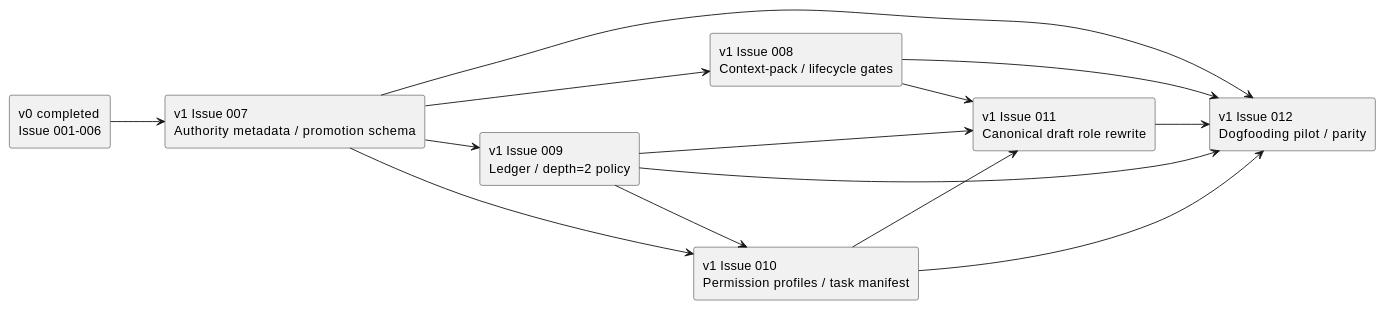
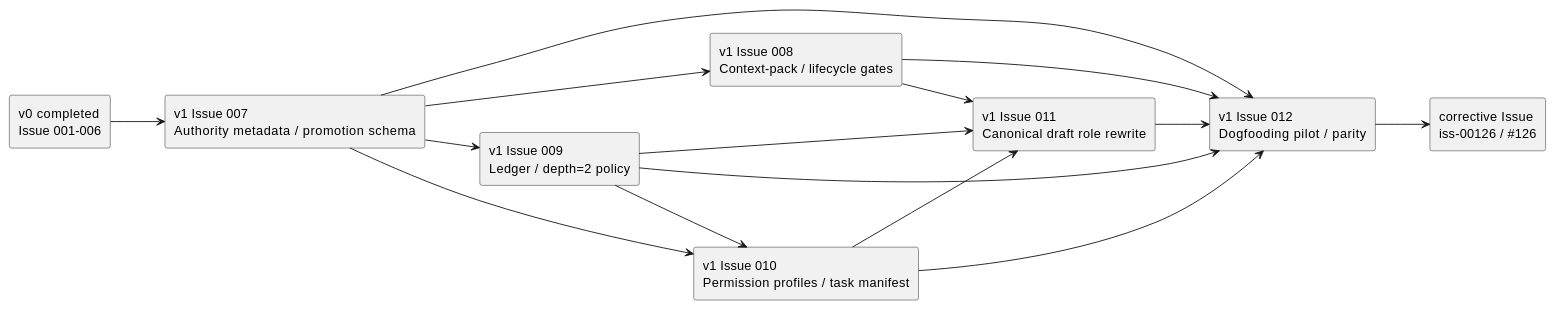
Before and after one commit to chemitaro/spec-dock: the second of 2 diagrams in spec-dock/initiatives/init-local-00003-architecture-maintenance-and-hardening/epics/epic-00112-delegated-authoring-architecture/plan.md, drawn with PlantUML. The commit also changed other lines of this file and 113 other files, not shown here.

````diff
--- a/spec-dock/initiatives/init-local-00003-architecture-maintenance-and-hardening/epics/epic-00112-delegated-authoring-architecture/plan.md
+++ b/spec-dock/initiatives/init-local-00003-architecture-maintenance-and-hardening/epics/epic-00112-delegated-authoring-architecture/plan.md
@@ -512,28 +513,30 @@
 ```plantuml
 @startuml
 skinparam monochrome true
 left to right direction
 
 rectangle "v0 completed\nIssue 001-006" as V0
 rectangle "v1 Issue 007\nAuthority metadata / promotion schema" as I7
 rectangle "v1 Issue 008\nContext-pack / lifecycle gates" as I8
 rectangle "v1 Issue 009\nLedger / depth=2 policy" as I9
 rectangle "v1 Issue 010\nPermission profiles / task manifest" as I10
 rectangle "v1 Issue 011\nCanonical draft role rewrite" as I11
 rectangle "v1 Issue 012\nDogfooding pilot / parity" as I12
+rectangle "corrective Issue\niss-00126 / #126" as I13
 
 V0 --> I7
 I7 --> I8
 I7 --> I9
 I7 --> I10
 I9 --> I10
 I8 --> I11
 I9 --> I11
 I10 --> I11
 I7 --> I12
 I8 --> I12
 I9 --> I12
 I10 --> I12
 I11 --> I12
+I12 --> I13
 @enduml
 ```
````
